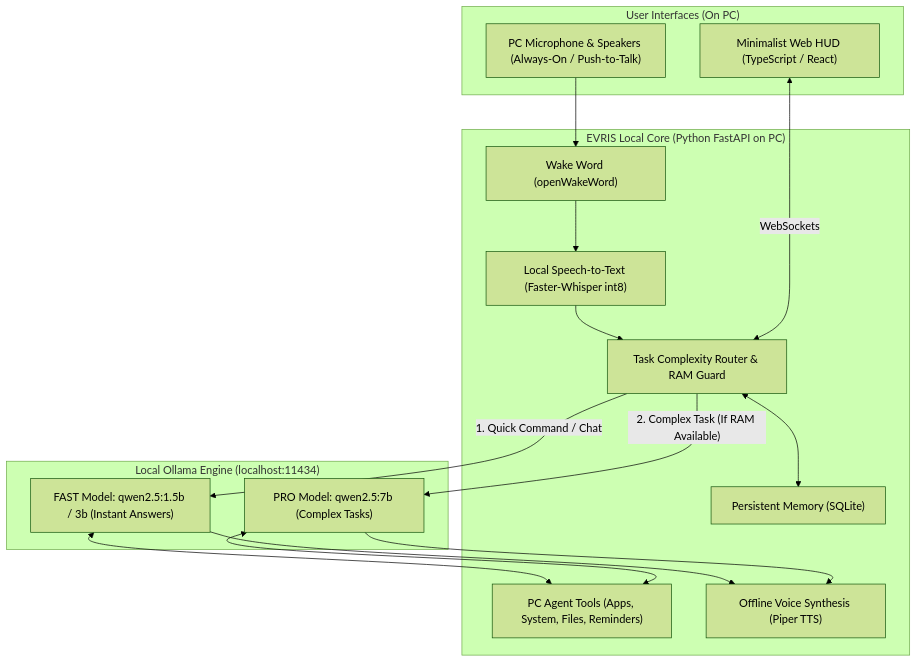
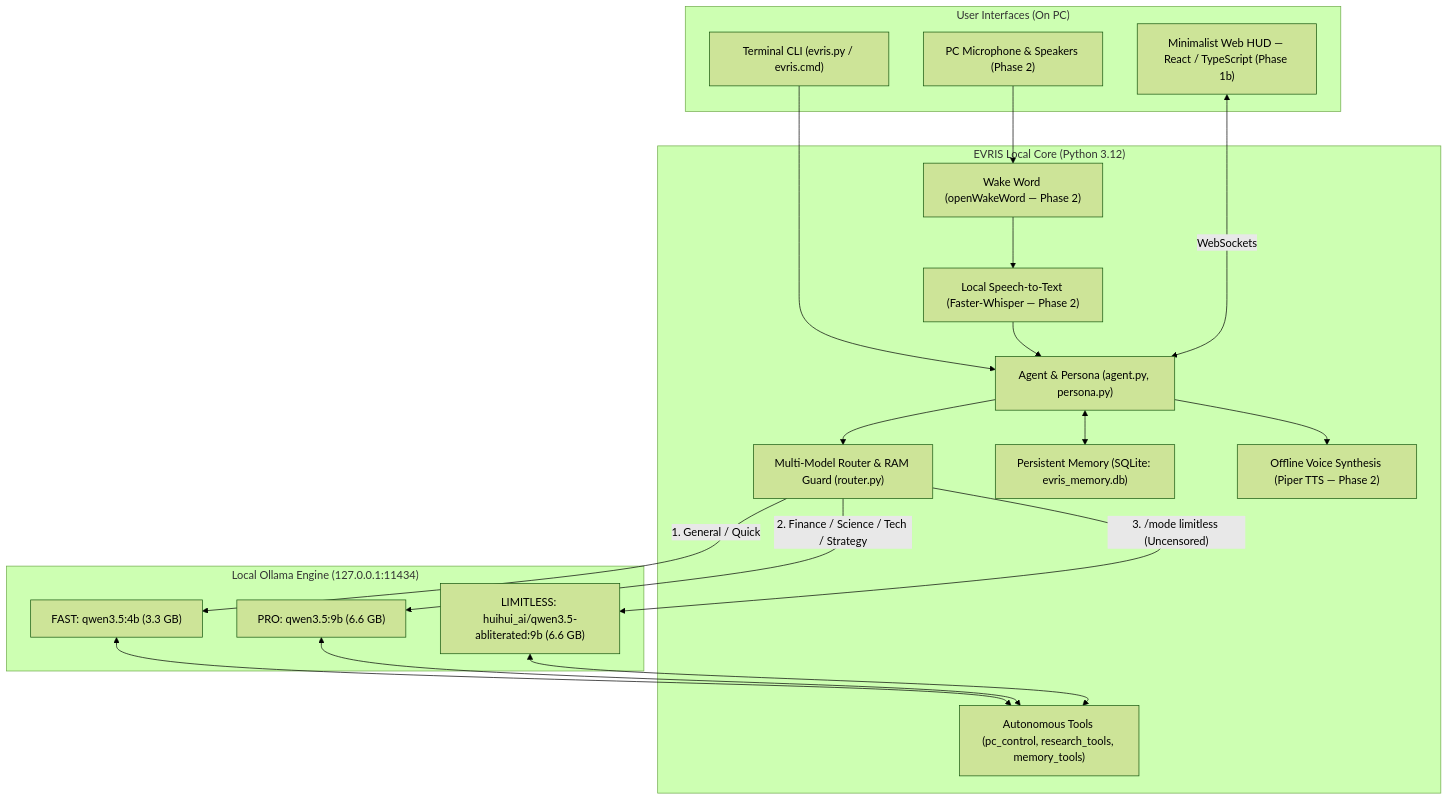
Before and after one commit to Neysann/Evris: the diagram in PROJECT_PLAN.md, drawn with Mermaid (forest theme). The commit also changed other lines of this file, not shown here.

Commit message:
docs: update PROJECT_PLAN.md for Qwen 3.5, LIMITLESS mode, and current hardware

````diff
--- a/PROJECT_PLAN.md
+++ b/PROJECT_PLAN.md
@@ -34,33 +38,39 @@
 ```mermaid
 flowchart TB
     subgraph User["User Interfaces (On PC)"]
-        Mic["PC Microphone & Speakers (Always-On / Push-to-Talk)"]
-        WebUI["Minimalist Web HUD (TypeScript / React)"]
+        CLI["Terminal CLI (evris.py / evris.cmd)"]
+        Mic["PC Microphone & Speakers (Phase 2)"]
+        WebUI["Minimalist Web HUD — React / TypeScript (Phase 1b)"]
     end
 
-    subgraph EvrisCore["EVRIS Local Core (Python FastAPI on PC)"]
-        Wake["Wake Word (openWakeWord)"]
-        STT["Local Speech-to-Text (Faster-Whisper int8)"]
-        Router["Task Complexity Router & RAM Guard"]
-        Memory["Persistent Memory (SQLite)"]
-        Tools["PC Agent Tools (Apps, System, Files, Reminders)"]
-        TTS["Offline Voice Synthesis (Piper TTS)"]
+    subgraph EvrisCore["EVRIS Local Core (Python 3.12)"]
+        Wake["Wake Word (openWakeWord — Phase 2)"]
+        STT["Local Speech-to-Text (Faster-Whisper — Phase 2)"]
+        Agent["Agent & Persona (agent.py, persona.py)"]
+        Router["Multi-Model Router & RAM Guard (router.py)"]
+        Memory["Persistent Memory (SQLite: evris_memory.db)"]
+        Tools["Autonomous Tools (pc_control, research_tools, memory_tools)"]
+        TTS["Offline Voice Synthesis (Piper TTS — Phase 2)"]
     end
 
-    subgraph OllamaLocal["Local Ollama Engine (localhost:11434)"]
-        FastLLM["FAST Model: qwen2.5:1.5b / 3b (Instant Answers)"]
-        ProLLM["PRO Model: qwen2.5:7b (Complex Tasks)"]
+    subgraph OllamaLocal["Local Ollama Engine (127.0.0.1:11434)"]
+        FastLLM["FAST: qwen3.5:4b (3.3 GB)"]
+        ProLLM["PRO: qwen3.5:9b (6.6 GB)"]
+        LimitlessLLM["LIMITLESS: huihui_ai/qwen3.5-abliterated:9b (6.6 GB)"]
     end
 
-    Mic --> Wake --> STT --> Router
-    WebUI <-->|"WebSockets"| Router
-    Router <--> Memory
+    CLI --> Agent
+    Mic --> Wake --> STT --> Agent
+    WebUI <-->|"WebSockets"| Agent
+    Agent <--> Memory
+    Agent --> Router
 
-    Router -->|"1. Quick Command / Chat"| FastLLM
+    Router -->|"1. General / Quick"| FastLLM
+    Router -->|"2. Finance / Science / Tech / Strategy"| ProLLM
+    Router -->|"3. /mode limitless (Uncensored)"| LimitlessLLM
+
     FastLLM <--> Tools
-    FastLLM --> TTS
-
-    Router -->|"2. Complex Task (If RAM Available)"| ProLLM
     ProLLM <--> Tools
-    ProLLM --> TTS
+    LimitlessLLM <--> Tools
+    Agent --> TTS
 ```
````
